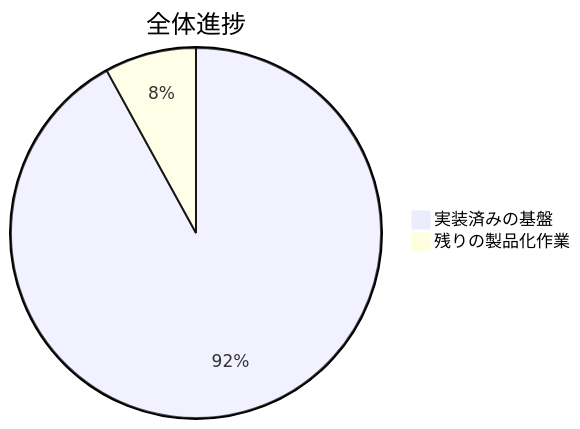
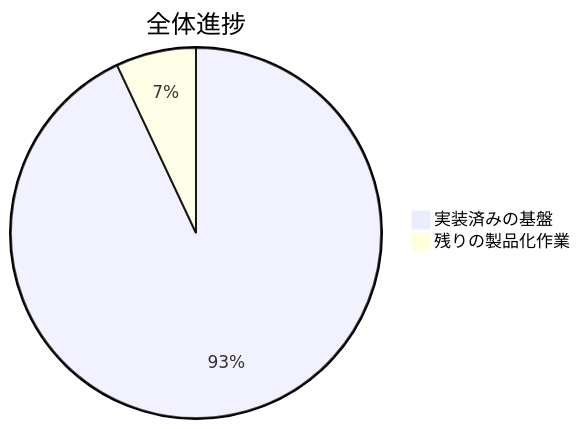
Before and after one commit to lingmulongtai/GlyphRay: the first of 5 diagrams in README.ja.md, drawn with Mermaid. The commit also changed other lines of this file and 18 other files, not shown here.

````diff
--- a/README.ja.md
+++ b/README.ja.md
@@ -15,5 +15,5 @@
 ```mermaid
 pie title 全体進捗
-  "実装済みの基盤" : 92
-  "残りの製品化作業" : 8
+  "実装済みの基盤" : 93
+  "残りの製品化作業" : 7
 ```
````
